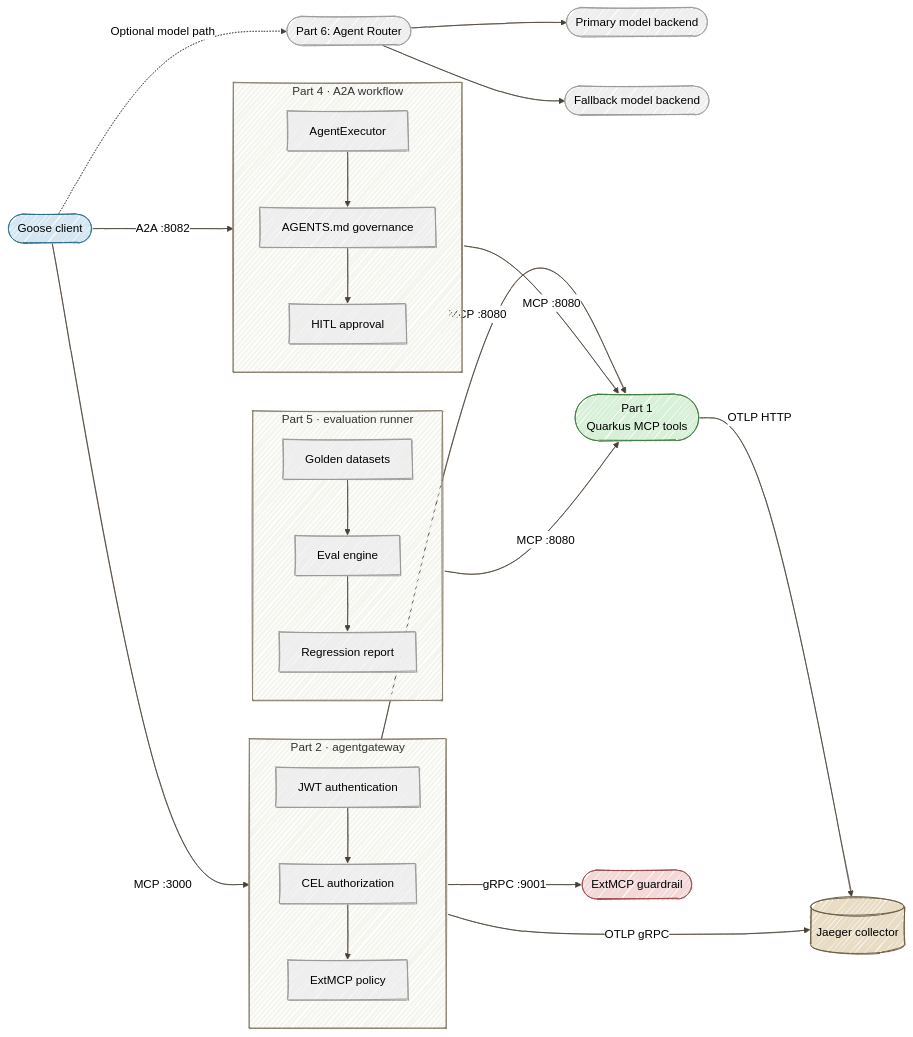
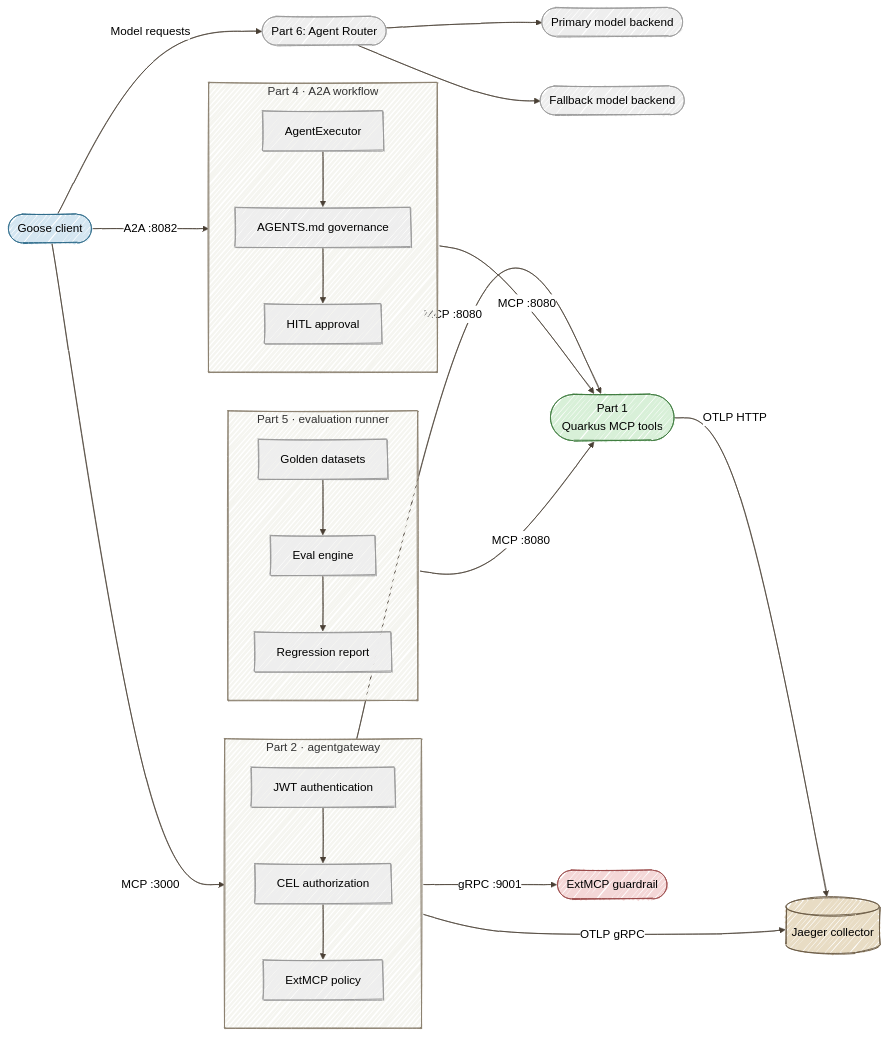
The diagram in README.md (danieloh30/governed-agent-platform), drawn with Mermaid before and after one commit. The commit also changed other lines of this file and 9 other files, not shown here.

Commit message:
Make model routing part of the six-part learning path

````diff
--- a/README.md
+++ b/README.md
@@ -59,44 +59,44 @@
 ```mermaid
 %%{init: {'look':'handDrawn','theme':'neutral','themeVariables': {'lineColor':'#4A4035'}}}%%
 flowchart LR
     G([Goose client]) -->|MCP :3000| AG
-    G -.->|Optional model path| AR([Part 6: Agent Router])
+    G -->|Model requests| AR([Part 6: Agent Router])
     AR --> PRIMARY([Primary model backend])
     AR --> FALLBACK([Fallback model backend])
     G -->|A2A :8082| FLOW
     AG -->|MCP :8080| MCP([Part 1<br/>Quarkus MCP tools])
     AG -->|gRPC :9001| GR([ExtMCP guardrail])
     FLOW -->|MCP :8080| MCP
     EVAL -->|MCP :8080| MCP
     AG -->|OTLP gRPC| J[(Jaeger collector)]
     MCP -->|OTLP HTTP| J
 
     subgraph AG[Part 2 · agentgateway]
         AUTH[JWT authentication]
         RBAC[CEL authorization]
         GUARD[ExtMCP policy]
         AUTH --> RBAC --> GUARD
     end
 
     subgraph FLOW[Part 4 · A2A workflow]
         EXEC[AgentExecutor]
         GOV[AGENTS.md governance]
         HITL[HITL approval]
         EXEC --> GOV --> HITL
     end
 
     subgraph EVAL[Part 5 · evaluation runner]
         DATA[Golden datasets]
         RUN[Eval engine]
         REPORT[Regression report]
         DATA --> RUN --> REPORT
     end
 
     style G fill:#D4E6F1,stroke:#2E6B8A
     style AG fill:#F5F5F0,stroke:#8B8070
     style FLOW fill:#F5F5F0,stroke:#8B8070
     style EVAL fill:#F5F5F0,stroke:#8B8070
     style MCP fill:#D8F0D8,stroke:#3D7A3D
     style GR fill:#F4D7D7,stroke:#9A4A4A
     style J fill:#E8DCC4,stroke:#6B5B45
 ```
````
